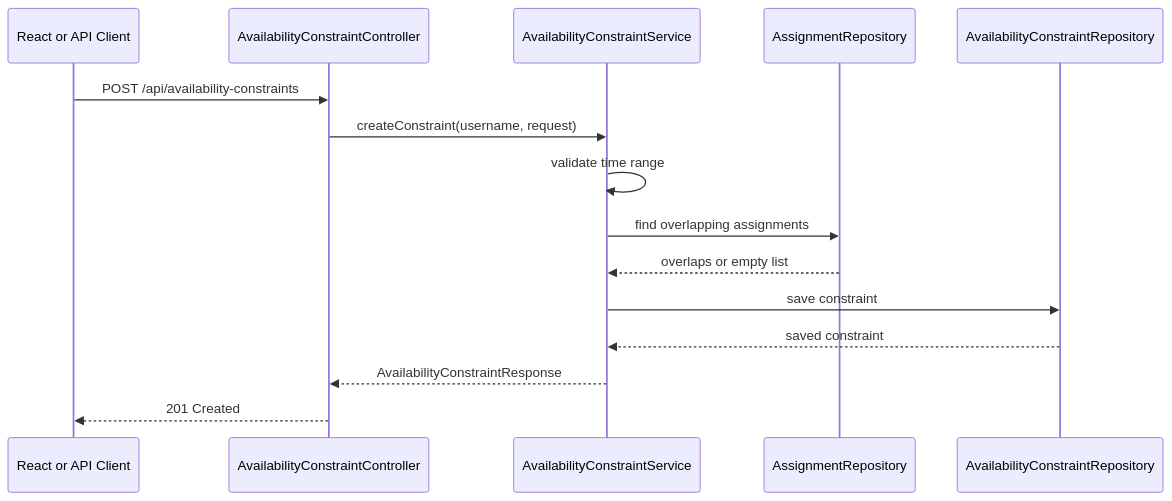
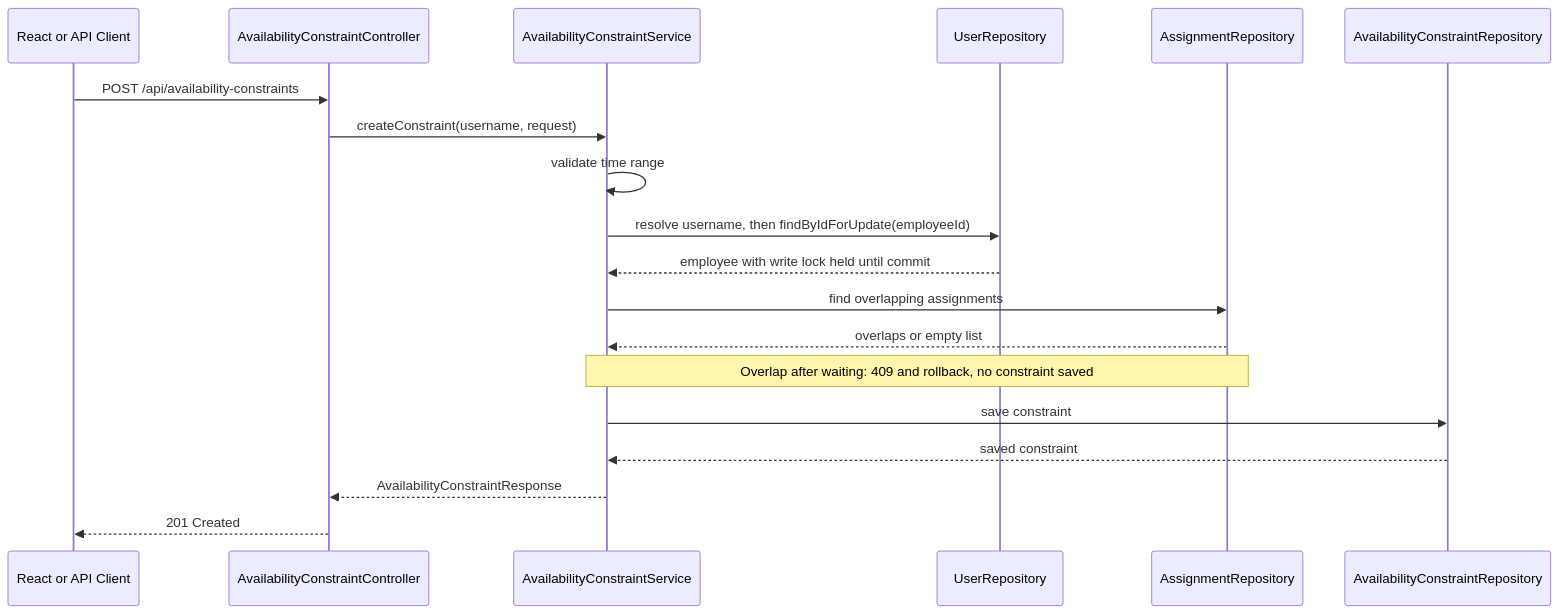
One commit to HiliMor/shift-management-system changed diagram 15 of 20 in docs/current-backend-architecture.md. Above: the diagram before and after it, drawn with Mermaid. The commit also changed other lines of this file and 6 other files, not shown here.

Commit message:
Workflow concurrency: Coordinate availability and assignment writes

````diff
--- a/docs/current-backend-architecture.md
+++ b/docs/current-backend-architecture.md
@@ -676,18 +678,22 @@
 ```mermaid
 sequenceDiagram
     participant Client as React or API Client
     participant AvailabilityConstraintController
     participant AvailabilityConstraintService
+    participant UserRepository
     participant AssignmentRepository
     participant AvailabilityConstraintRepository
 
     Client->>AvailabilityConstraintController: POST /api/availability-constraints
     AvailabilityConstraintController->>AvailabilityConstraintService: createConstraint(username, request)
     AvailabilityConstraintService->>AvailabilityConstraintService: validate time range
+    AvailabilityConstraintService->>UserRepository: resolve username, then findByIdForUpdate(employeeId)
+    UserRepository-->>AvailabilityConstraintService: employee with write lock held until commit
     AvailabilityConstraintService->>AssignmentRepository: find overlapping assignments
     AssignmentRepository-->>AvailabilityConstraintService: overlaps or empty list
+    Note over AvailabilityConstraintService,AssignmentRepository: Overlap after waiting: 409 and rollback, no constraint saved
     AvailabilityConstraintService->>AvailabilityConstraintRepository: save constraint
     AvailabilityConstraintRepository-->>AvailabilityConstraintService: saved constraint
     AvailabilityConstraintService-->>AvailabilityConstraintController: AvailabilityConstraintResponse
     AvailabilityConstraintController-->>Client: 201 Created
 ```
````
